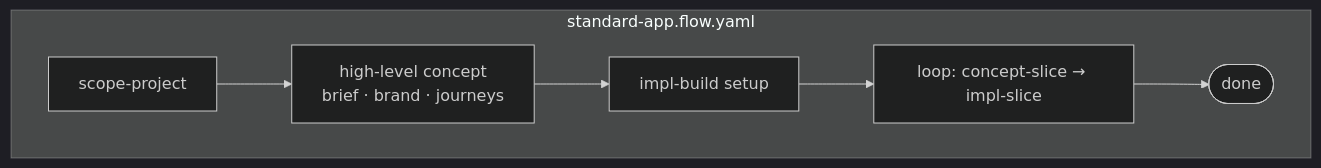
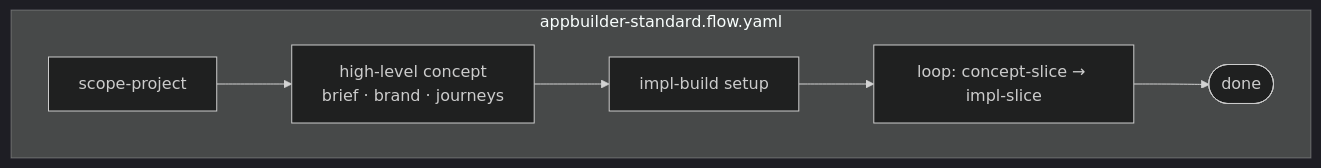
The third of 4 diagrams in docs/src/content/docs/intro/flows-and-bundles.mdx (skaile-ai/ai-assets-skaileup), drawn with Mermaid (dark theme) before and after one commit. The commit also changed other lines of this file and 111 other files, not shown here.

First line of the commit message:
feat(flows): add impl-only flows + rename tiers to appbuilder-*

````diff
--- a/docs/src/content/docs/intro/flows-and-bundles.mdx
+++ b/docs/src/content/docs/intro/flows-and-bundles.mdx
@@ -98,7 +98,7 @@
 ```mermaid
 flowchart LR
-  subgraph standard["standard-app.flow.yaml"]
+  subgraph standard["appbuilder-standard.flow.yaml"]
     direction LR
     t1[scope-project] --> t2["high-level concept<br/>brief · brand · journeys"] --> t3[impl-build setup] --> t4["loop: concept-slice → impl-slice"] --> t5([done])
   end
 ```
````
